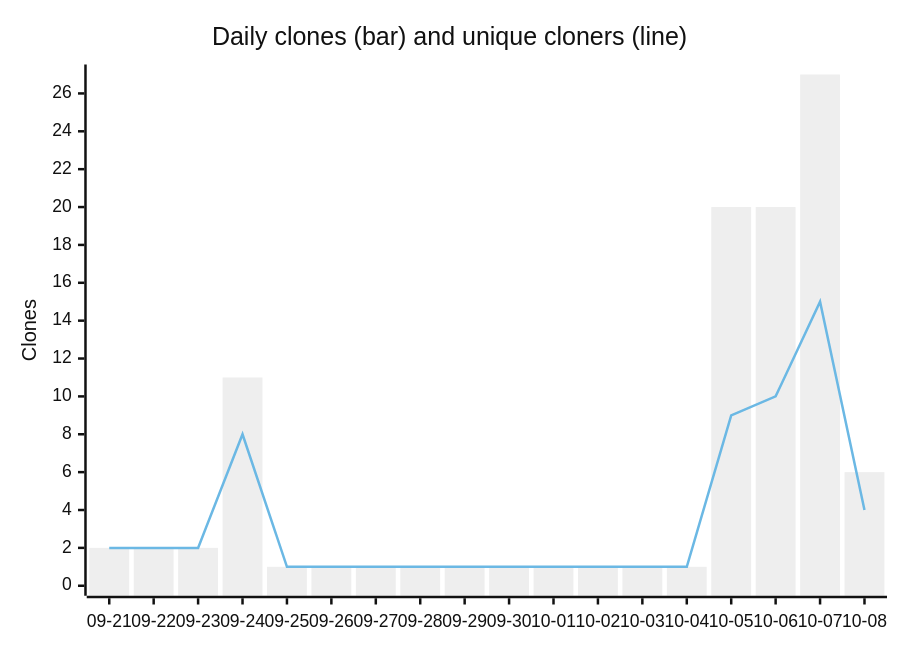
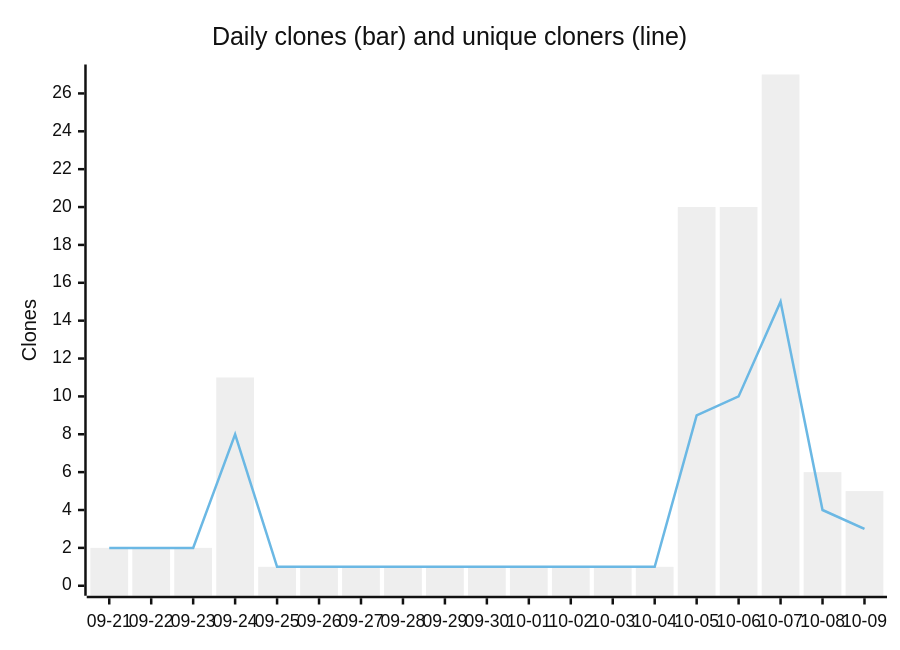
One commit to babson44/azure-vm-modernization-toolkit changed the second of 2 diagrams in metrics/DASHBOARD.md. Above: the diagram before and after it, drawn with Mermaid (neutral theme). The commit also changed other lines of this file and 2 other files, not shown here.

````diff
--- a/metrics/DASHBOARD.md
+++ b/metrics/DASHBOARD.md
@@ -29,8 +29,8 @@
 ```mermaid
 xychart-beta
     title "Daily clones (bar) and unique cloners (line)"
-    x-axis [09-21, 09-22, 09-23, 09-24, 09-25, 09-26, 09-27, 09-28, 09-29, 09-30, 10-01, 10-02, 10-03, 10-04, 10-05, 10-06, 10-07, 10-08]
+    x-axis [09-21, 09-22, 09-23, 09-24, 09-25, 09-26, 09-27, 09-28, 09-29, 09-30, 10-01, 10-02, 10-03, 10-04, 10-05, 10-06, 10-07, 10-08, 10-09]
     y-axis "Clones" 0 --> 27
-    bar [2, 2, 2, 11, 1, 1, 1, 1, 1, 1, 1, 1, 1, 1, 20, 20, 27, 6]
-    line [2, 2, 2, 8, 1, 1, 1, 1, 1, 1, 1, 1, 1, 1, 9, 10, 15, 4]
+    bar [2, 2, 2, 11, 1, 1, 1, 1, 1, 1, 1, 1, 1, 1, 20, 20, 27, 6, 5]
+    line [2, 2, 2, 8, 1, 1, 1, 1, 1, 1, 1, 1, 1, 1, 9, 10, 15, 4, 3]
 ```
````
